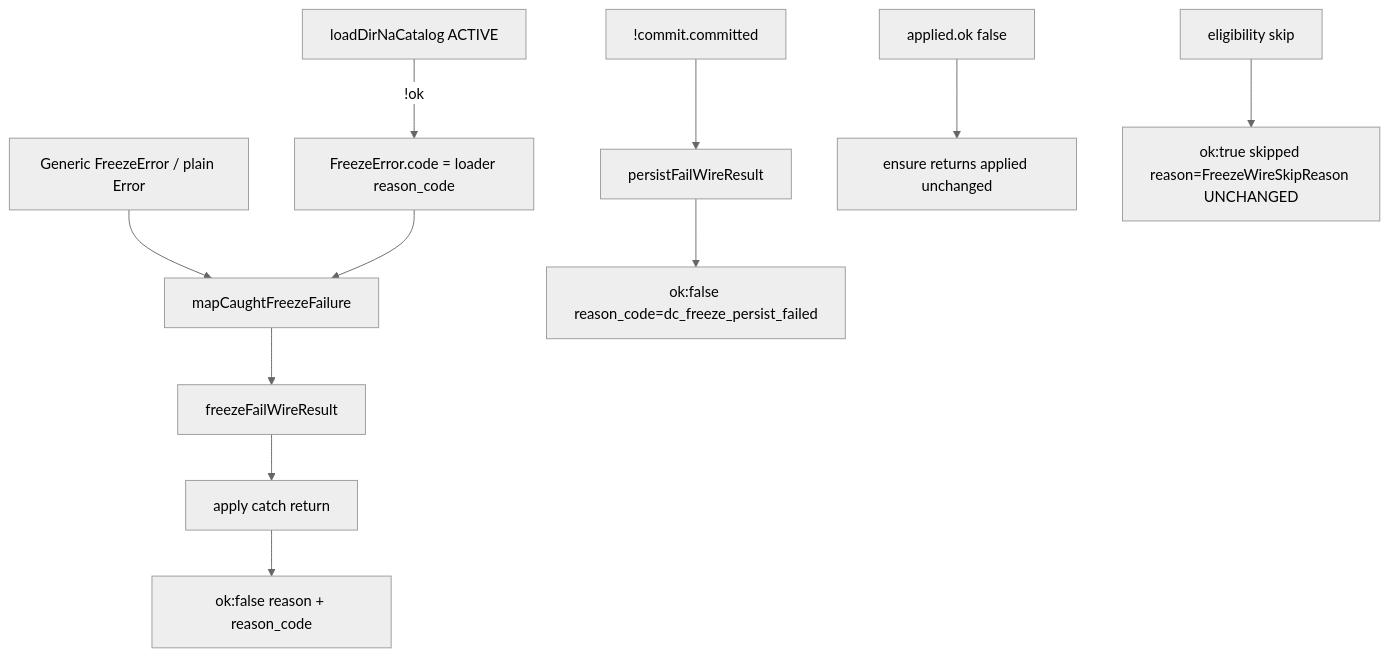
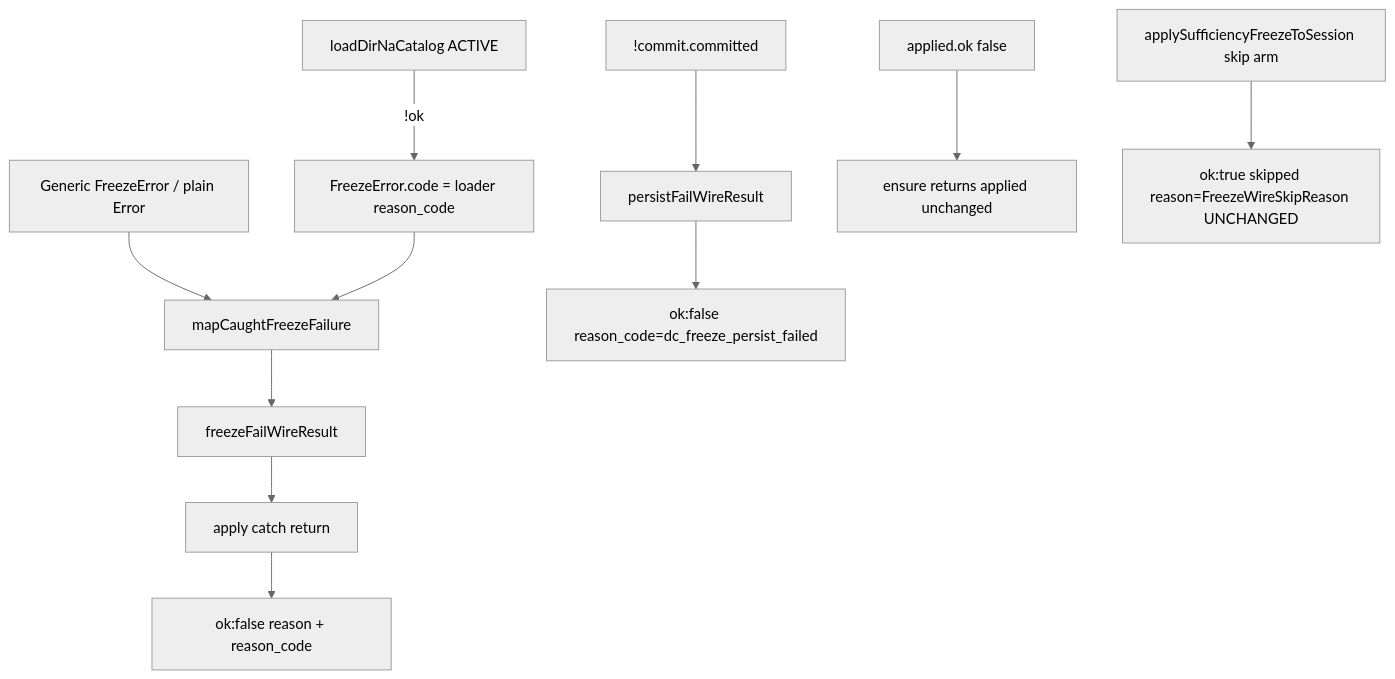
One commit to Mattchen217/POJU changed the second of 2 diagrams in docs/eastern-os/decision-intake-2.0/STAGE-3.2-S3-IMPLEMENTATION-PLAN.md. Above: the diagram before and after it, drawn with Mermaid (neutral theme). The commit also changed other lines of this file, not shown here.

First line of the commit message:
docs(decision-intake): S3 plan Rev 1.3 — Tier B skip via apply*

````diff
--- a/docs/eastern-os/decision-intake-2.0/STAGE-3.2-S3-IMPLEMENTATION-PLAN.md
+++ b/docs/eastern-os/decision-intake-2.0/STAGE-3.2-S3-IMPLEMENTATION-PLAN.md
@@ -151,13 +153,13 @@
 ```mermaid
 flowchart TD
   load["loadDirNaCatalog ACTIVE"] -->|!ok| fe["FreezeError.code = loader reason_code"]
   gate["Generic FreezeError / plain Error"] --> map
   fe --> map["mapCaughtFreezeFailure"]
   map --> failHelper["freezeFailWireResult"]
   failHelper --> catchRet["apply catch return"]
   catchRet --> wire["ok:false reason + reason_code"]
   persistFail["!commit.committed"] --> persistHelper["persistFailWireResult"]
   persistHelper --> wireP["ok:false reason_code=dc_freeze_persist_failed"]
   applyFail["applied.ok false"] --> ensurePass["ensure returns applied unchanged"]
-  skip["eligibility skip"] --> skipOk["ok:true skipped reason=FreezeWireSkipReason UNCHANGED"]
+  skip["applySufficiencyFreezeToSession skip arm"] --> skipOk["ok:true skipped reason=FreezeWireSkipReason UNCHANGED"]
 ```
````
